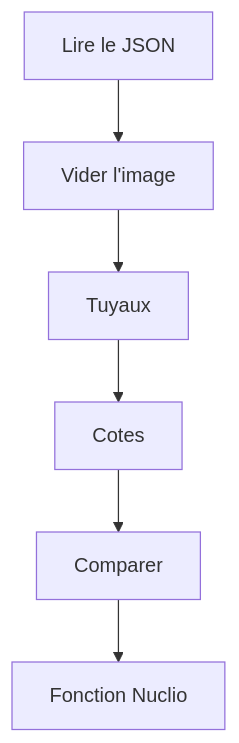
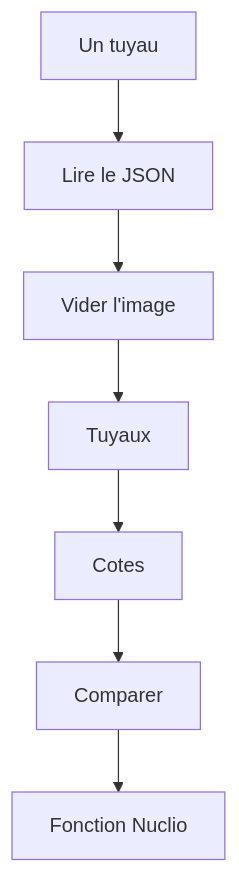
One commit to galsen-76/Informatique- changed the diagram in 07 — Exercices et projets/Projet - Graphe vers XML CVAT/Projet - Convertir le graphe en XML CVAT.md. Above: the diagram before and after it, drawn with Mermaid. The commit also changed other lines of this file and 2 other files, not shown here.

Commit message:
docs: étape 00 du projet graphe vers XML, un tuyau du JSON jusqu'à l'import dans CVAT
Claude-Session: https://claude.ai/code/session_014MdZfJE4sLSWuM8LjZxwr1

````diff
--- a/07 — Exercices et projets/Projet - Graphe vers XML CVAT/Projet - Convertir le graphe en XML CVAT.md
+++ b/07 — Exercices et projets/Projet - Graphe vers XML CVAT/Projet - Convertir le graphe en XML CVAT.md
@@ -23,8 +23,9 @@
 ```mermaid
 flowchart TD
-  A[Lire le JSON] --> B[Vider l'image]
+  Z[Un tuyau] --> A[Lire le JSON]
+  A --> B[Vider l'image]
   B --> C[Tuyaux]
   C --> D[Cotes]
   D --> E[Comparer]
   E --> F[Fonction Nuclio]
 ```
````
